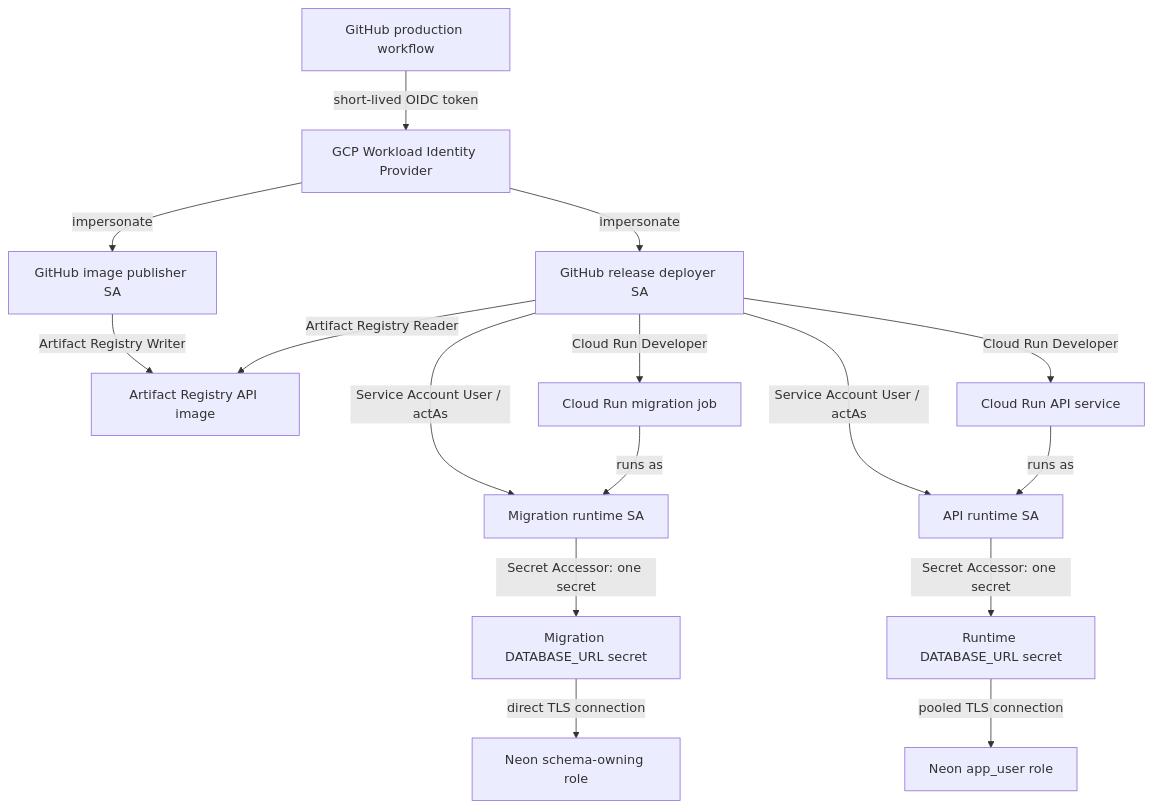
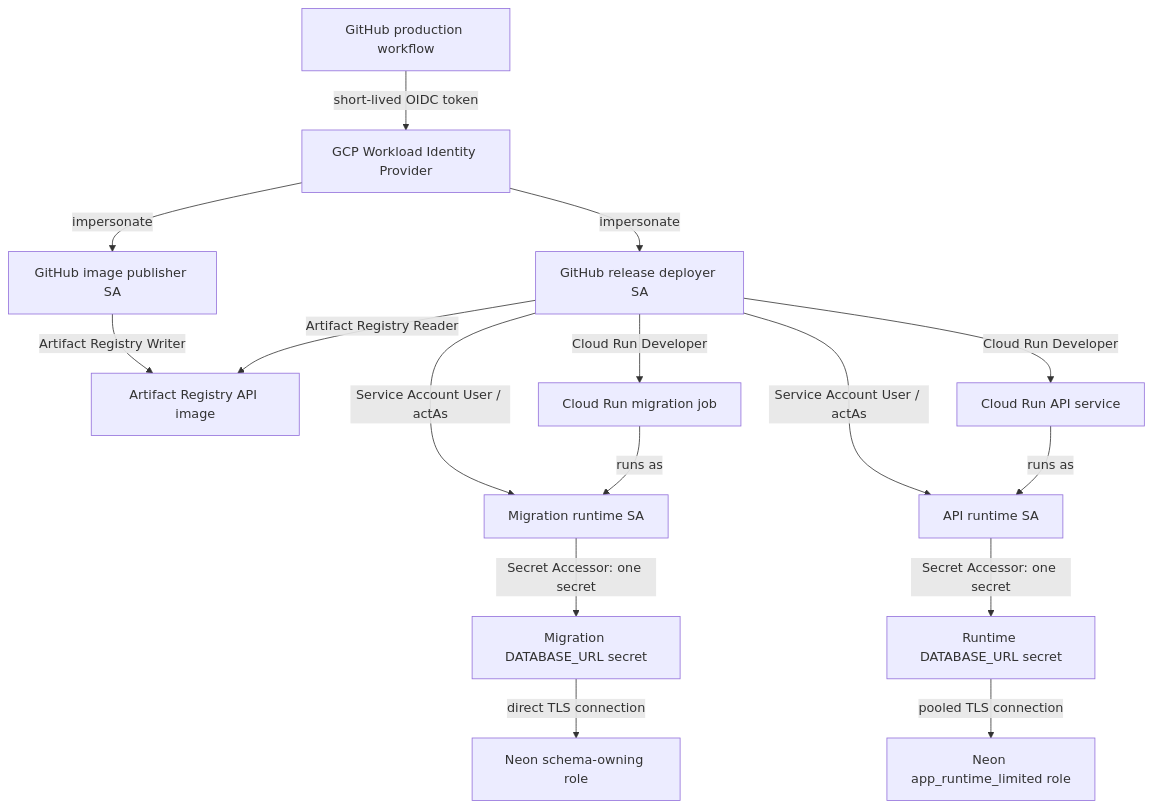
Before and after one commit to JosephT5566/english-learning: the diagram in doc/training/issues/issue-26/github-gcp-neon-maintenance.zh-TW.md, drawn with Mermaid. The commit also changed other lines of this file and 5 other files, not shown here.

````diff
--- a/doc/training/issues/issue-26/github-gcp-neon-maintenance.zh-TW.md
+++ b/doc/training/issues/issue-26/github-gcp-neon-maintenance.zh-TW.md
@@ -25,22 +30,22 @@
 ```mermaid
 flowchart TD
   GH[GitHub production workflow] -->|short-lived OIDC token| WIF[GCP Workload Identity Provider]
   WIF -->|impersonate| PUB[GitHub image publisher SA]
   WIF -->|impersonate| DEP[GitHub release deployer SA]
 
   PUB -->|Artifact Registry Writer| AR[Artifact Registry API image]
 
   DEP -->|Artifact Registry Reader| AR
   DEP -->|Cloud Run Developer| CRJ[Cloud Run migration job]
   DEP -->|Cloud Run Developer| CRS[Cloud Run API service]
   DEP -->|Service Account User / actAs| MIGSA[Migration runtime SA]
   DEP -->|Service Account User / actAs| RUNSA[API runtime SA]
 
   CRJ -->|runs as| MIGSA
   MIGSA -->|Secret Accessor: one secret| MIGSECRET[Migration DATABASE_URL secret]
   MIGSECRET -->|direct TLS connection| OWNER[Neon schema-owning role]
 
   CRS -->|runs as| RUNSA
   RUNSA -->|Secret Accessor: one secret| RUNSECRET[Runtime DATABASE_URL secret]
-  RUNSECRET -->|pooled TLS connection| APP[Neon app_user role]
+  RUNSECRET -->|pooled TLS connection| APP[Neon app_runtime_limited role]
 ```
````
